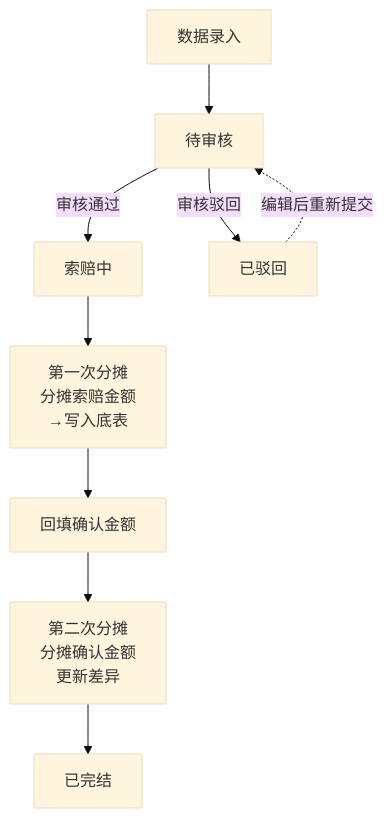
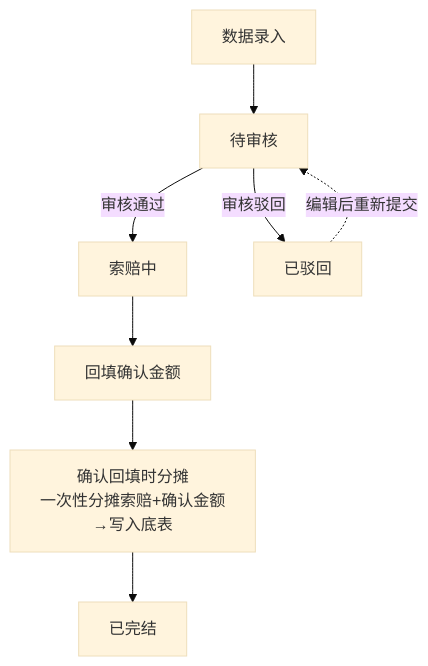
One commit to ljfjzgz/ljfjzgz.github.io changed the first of 3 diagrams in PRDdocs/00-业务概况/3.供应商索赔流程.md. Above: the diagram before and after it, drawn with Mermaid (base theme). The commit also changed other lines of this file and 9 other files, not shown here.

````diff
--- a/PRDdocs/00-业务概况/3.供应商索赔流程.md
+++ b/PRDdocs/00-业务概况/3.供应商索赔流程.md
@@ -26,11 +26,10 @@
 ```mermaid
 graph TD
     A[数据录入] --> B[待审核]
     B -->|审核通过| C[索赔中]
     B -->|审核驳回| D[已驳回]
-    C --> E[第一次分摊<br/>分摊索赔金额<br/>→写入底表]
-    E --> G[回填确认金额]
-    G --> K[第二次分摊<br/>分摊确认金额<br/>更新差异]
+    C --> G[回填确认金额]
+    G --> K[确认回填时分摊<br/>一次性分摊索赔+确认金额<br/>→写入底表]
     K --> J[已完结]
     D -.->|编辑后重新提交| B
 ```
````
